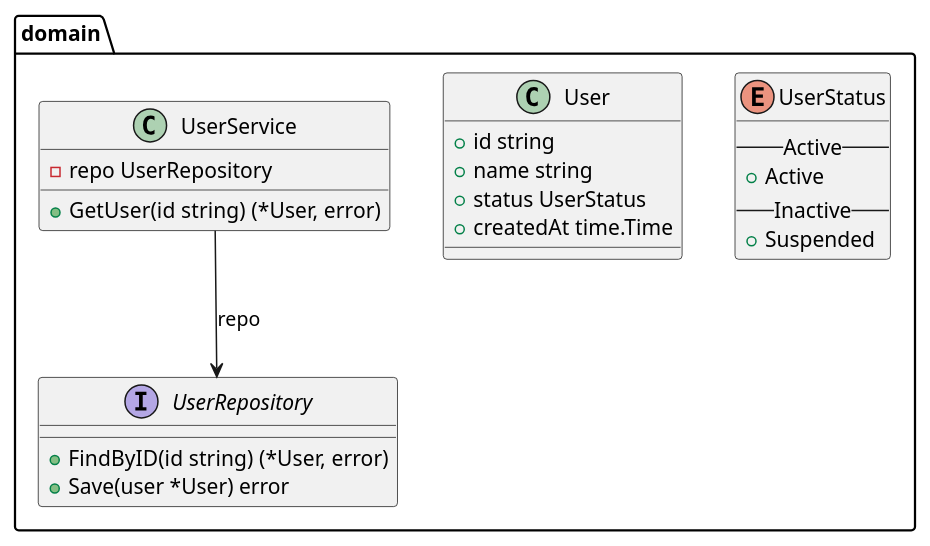
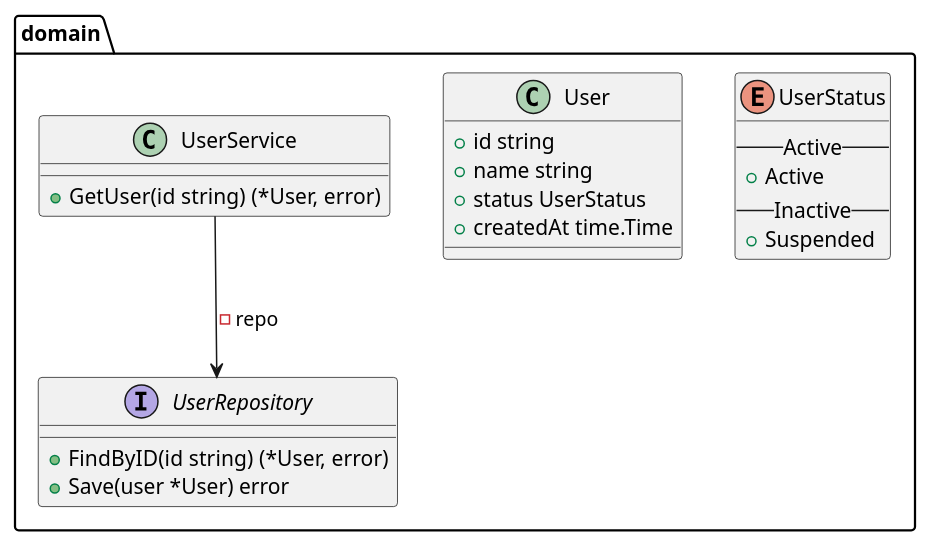
One commit to yur4uwe/puml-as-code changed the diagram in README.md. Above: the diagram before and after it, drawn with PlantUML. The commit also changed other lines of this file and 4 other files, not shown here.

````diff
--- a/README.md
+++ b/README.md
@@ -81,32 +81,31 @@
 ```plantuml
 @startuml
 ' Package domain entities
 package domain {
   enum UserStatus {
     -- Active --
     +Active
     -- Inactive --
     +Suspended
   }
 
   class User {
     +id string
     +name string
     +status UserStatus
     +createdAt time.Time
   }
 
   interface UserRepository {
     +FindByID(id string) (*User, error)
     +Save(user *User) error
   }
 
   class UserService {
-    -repo UserRepository
     +GetUser(id string) (*User, error)
   }
 
-  UserService --> UserRepository : repo
+  UserService --> UserRepository : -repo
 }
 @enduml
 ```
````
